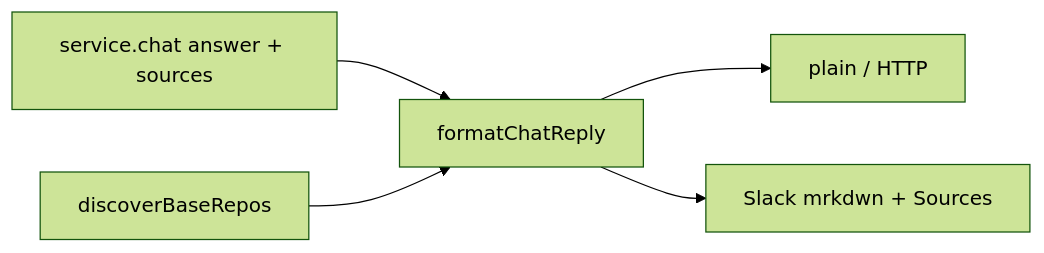
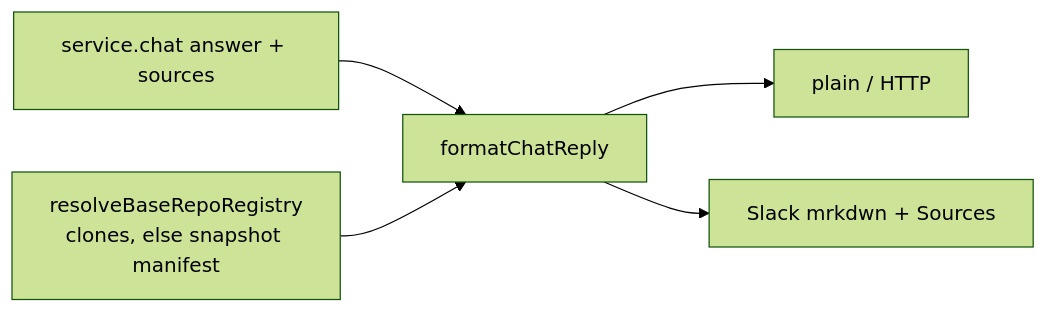
One commit to rosenjcb/kb changed the diagram in packages/kb-core/src/service/CHAT_REPLY.md. Above: the diagram before and after it, drawn with Mermaid (forest theme). The commit also changed other lines of this file and 18 other files, not shown here.

First line of the commit message:
fix(citations): resolve source repos from snapshot provenance; drop clone slugs (#231)

````diff
--- a/packages/kb-core/src/service/CHAT_REPLY.md
+++ b/packages/kb-core/src/service/CHAT_REPLY.md
@@ -16,7 +16,7 @@
 ```mermaid
 flowchart LR
   A[service.chat answer + sources] --> B[formatChatReply]
-  R[discoverBaseRepos] --> B
+  R[resolveBaseRepoRegistry\nclones, else snapshot manifest] --> B
   B --> C[plain / HTTP]
   B --> D[Slack mrkdwn + Sources]
 ```
````
